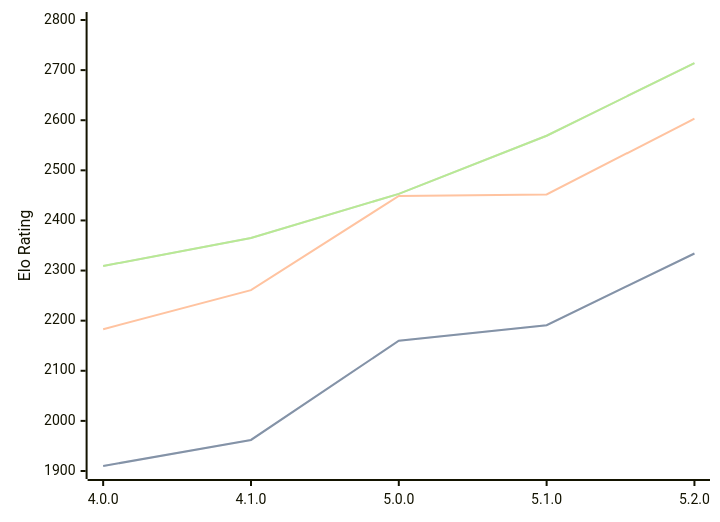
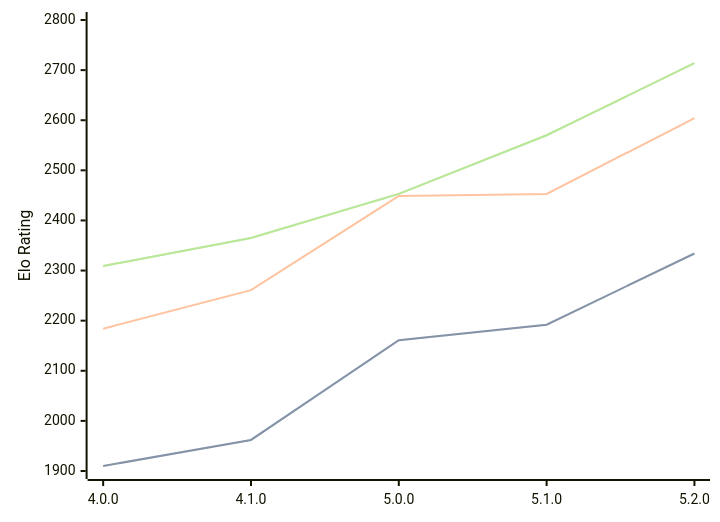
One commit to computer-chess-index/cci changed the diagram in engines/Aconcagua.md. Above: the diagram before and after it, drawn with Mermaid. The commit also changed other lines of this file, not shown here.

Commit message:
Update CCI Ratings (ELO VLTC) - 2026-09-14

````diff
--- a/engines/Aconcagua.md
+++ b/engines/Aconcagua.md
@@ -35,11 +35,11 @@
 ```mermaid
 %%{init: {"theme":"base","themeVariables":{"seriesColors:['#a3a3a3','#222221','#faa371']}}}%%
 xychart-beta
   x-axis ["4.0.0", "4.1.0", "5.0.0", "5.1.0", "5.2.0"]
   y-axis "Elo Rating" 1900 --> 2800
-  line "" [1910, 1962, 2160, 2191, 2334]
-  line "STC (8.0+0.08s)" [1910, 1962, 2160, 2191, 2334]
-  line "LTC (60.0+0.60s)" [2183, 2261, 2449, 2452, 2603]
-  line "" [2309, 2365, 2453, 2569, 2714]
-  line "VLTC (2m24s+1.12s)" [2309, 2365, 2453, 2569, 2714]
+  line "" [1910, 1962, 2161, 2192, 2334]
+  line "STC (8.0+0.08s)" [1910, 1962, 2161, 2192, 2334]
+  line "LTC (60.0+0.60s)" [2184, 2261, 2449, 2453, 2604]
+  line "" [2309, 2365, 2453, 2570, 2714]
+  line "VLTC (2m24s+1.12s)" [2309, 2365, 2453, 2570, 2714]
 ```
````
